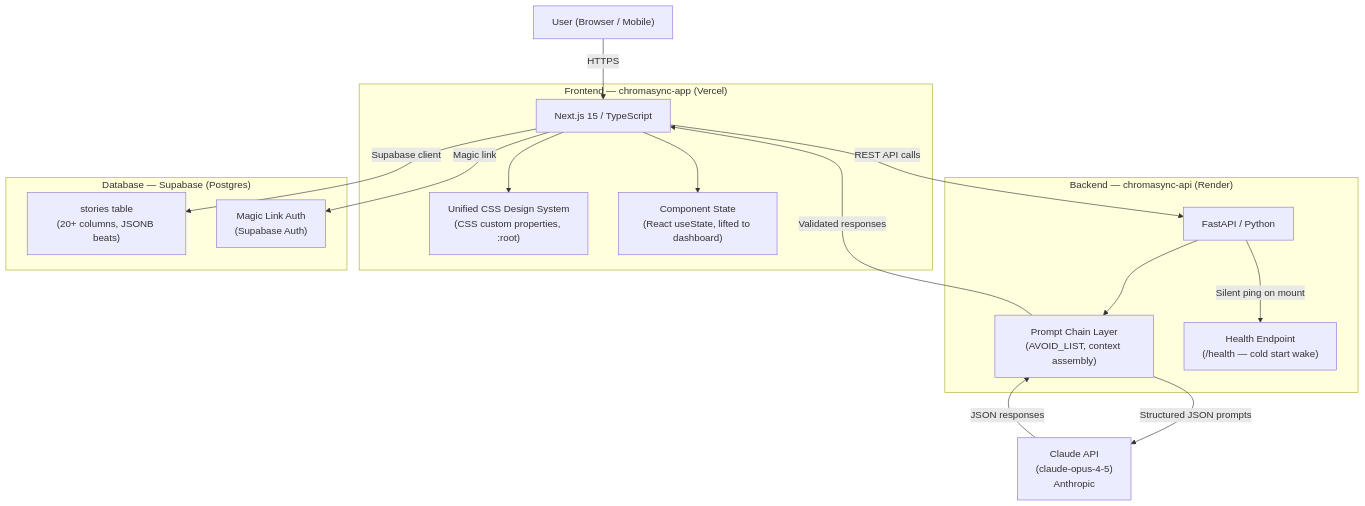
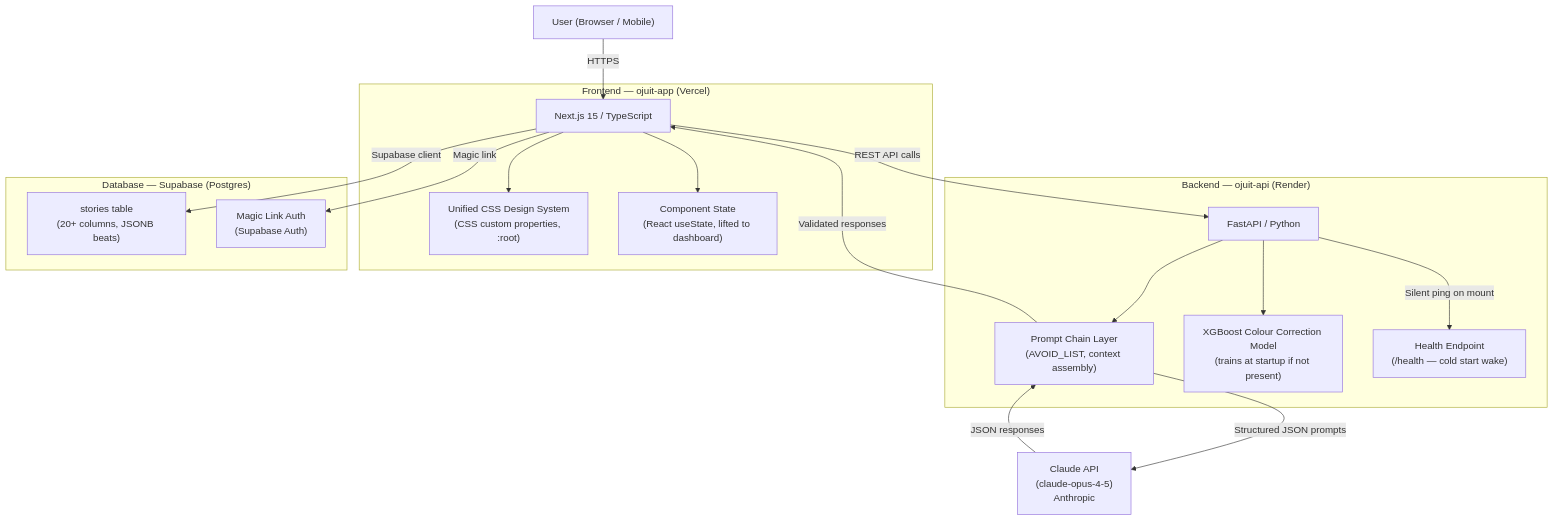
One commit to aiirveon/chromasync-app changed the first of 2 diagrams in docs/ARCHITECTURE.md. Above: the diagram before and after it, drawn with Mermaid. The commit also changed other lines of this file and 4 other files, not shown here.

Commit message:
docs: rebrand to Ojuit, add LUT feature, Delta E CIE Lab, XGBoost model, colour user flow, colour metrics, colour ethics across all artefacts

````diff
--- a/docs/ARCHITECTURE.md
+++ b/docs/ARCHITECTURE.md
@@ -16,35 +16,37 @@
 ```mermaid
 graph TD
     User["User (Browser / Mobile)"]
 
-    subgraph Frontend ["Frontend — chromasync-app (Vercel)"]
+    subgraph Frontend ["Frontend — ojuit-app (Vercel)"]
         NextJS["Next.js 15 / TypeScript"]
         CSS["Unified CSS Design System\n(CSS custom properties, :root)"]
         State["Component State\n(React useState, lifted to dashboard)"]
     end
 
-    subgraph Backend ["Backend — chromasync-api (Render)"]
+    subgraph Backend ["Backend — ojuit-api (Render)"]
         FastAPI["FastAPI / Python"]
         Prompts["Prompt Chain Layer\n(AVOID_LIST, context assembly)"]
+        XGB["XGBoost Colour Correction Model\n(trains at startup if not present)"]
         Health["Health Endpoint\n(/health — cold start wake)"]
     end
 
     subgraph Database ["Database — Supabase (Postgres)"]
         Stories["stories table\n(20+ columns, JSONB beats)"]
         Auth["Magic Link Auth\n(Supabase Auth)"]
     end
 
     Claude["Claude API\n(claude-opus-4-5)\nAnthropic"]
 
     User -->|"HTTPS"| NextJS
     NextJS --> CSS
     NextJS --> State
     NextJS -->|"REST API calls"| FastAPI
     NextJS -->|"Supabase client"| Stories
     NextJS -->|"Magic link"| Auth
     FastAPI --> Prompts
+    FastAPI --> XGB
     FastAPI -->|"Silent ping on mount"| Health
     Prompts -->|"Structured JSON prompts"| Claude
     Claude -->|"JSON responses"| Prompts
     Prompts -->|"Validated responses"| NextJS
 ```
````
